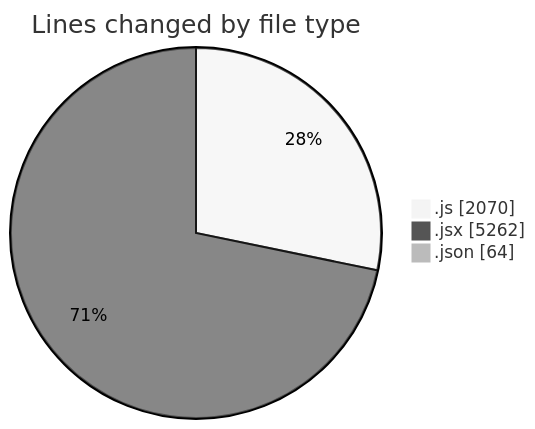
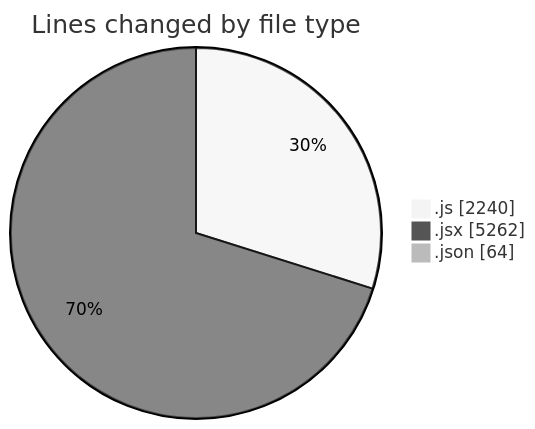
The first of 2 diagrams in 2025-08-07/nxtqube_webapp/README.md (nxtqubesakshisongat/code-tracking), drawn with Mermaid (neutral theme) before and after one commit. The commit also changed other lines of this file and 1 other file, not shown here.

````diff
--- a/2025-08-07/nxtqube_webapp/README.md
+++ b/2025-08-07/nxtqube_webapp/README.md
@@ -25,7 +25,7 @@
 ```mermaid
 pie showData
 title Lines changed by file type
-".js" : 2070
+".js" : 2240
 ".jsx" : 5262
 ".json" : 64
 ```
````
